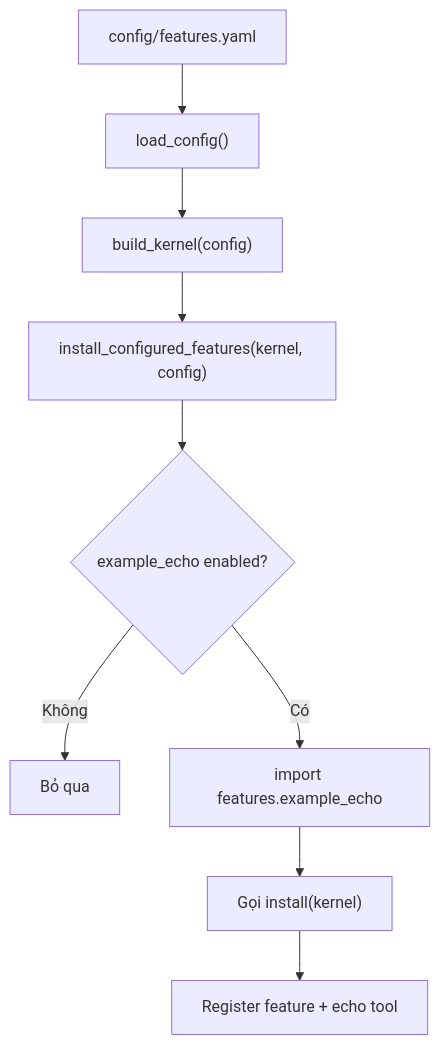
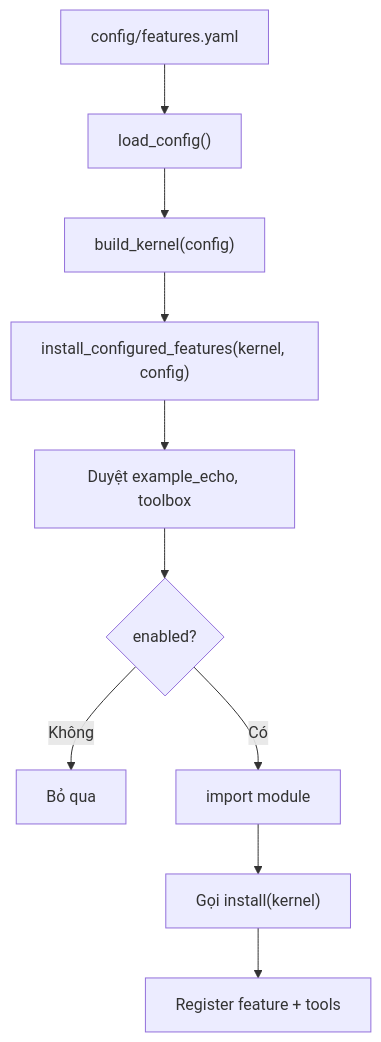
The diagram in docs/config/features.md (larvaai/hex_agent), drawn with Mermaid before and after one commit. The commit also changed other lines of this file and 35 other files, not shown here.

Commit message:
safety, graph and toolbox update

````diff
--- a/docs/config/features.md
+++ b/docs/config/features.md
@@ -106,11 +128,12 @@
 ```mermaid
 flowchart TD
     A["config/features.yaml"] --> B["load_config()"]
     B --> C["build_kernel(config)"]
     C --> D["install_configured_features(kernel, config)"]
-    D --> E{"example_echo enabled?"}
-    E -- "Không" --> F["Bỏ qua"]
-    E -- "Có" --> G["import features.example_echo"]
-    G --> H["Gọi install(kernel)"]
-    H --> I["Register feature + echo tool"]
+    D --> E["Duyệt example_echo, toolbox"]
+    E --> F{"enabled?"}
+    F -- "Không" --> G["Bỏ qua"]
+    F -- "Có" --> H["import module"]
+    H --> I["Gọi install(kernel)"]
+    I --> J["Register feature + tools"]
 ```
````
